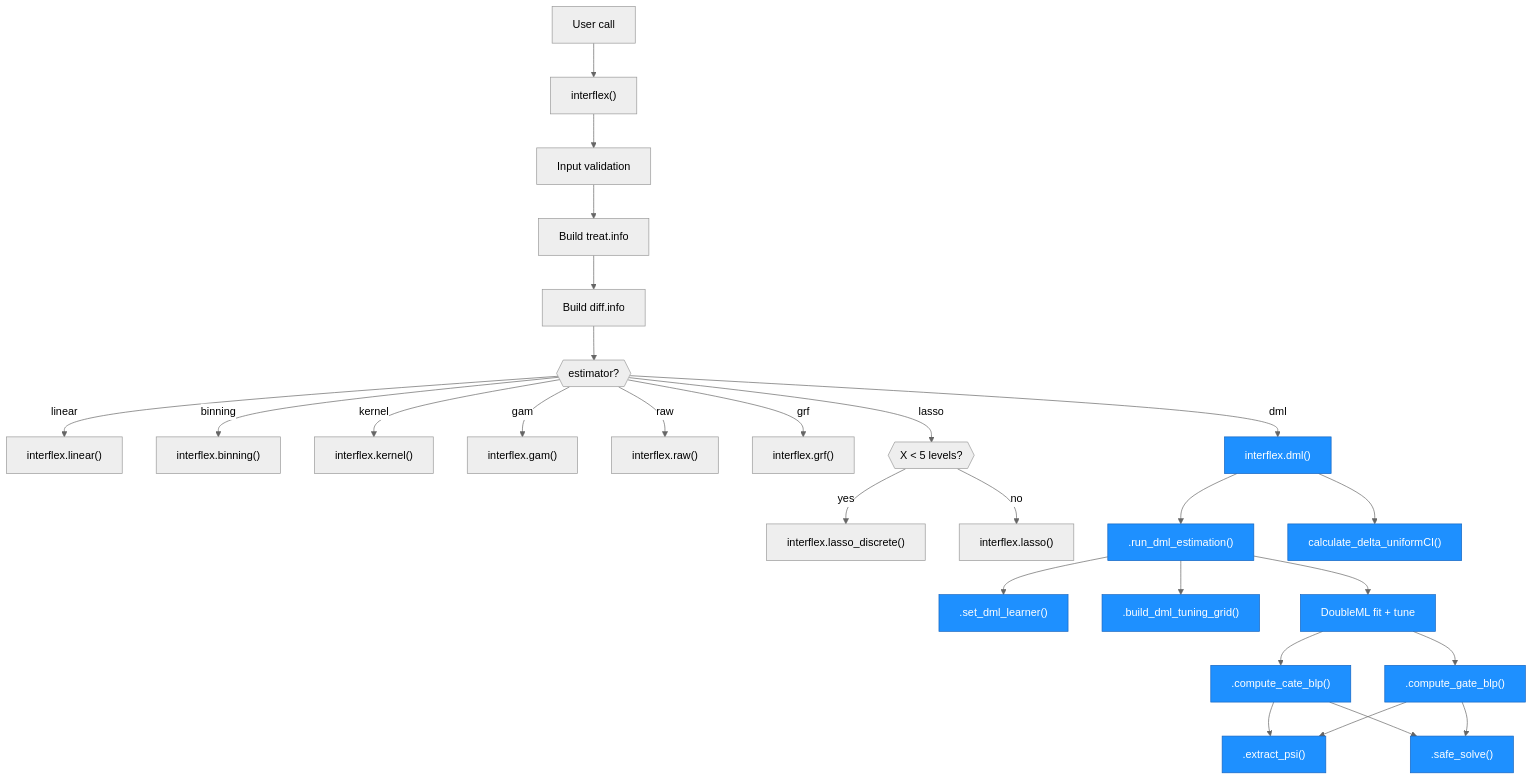
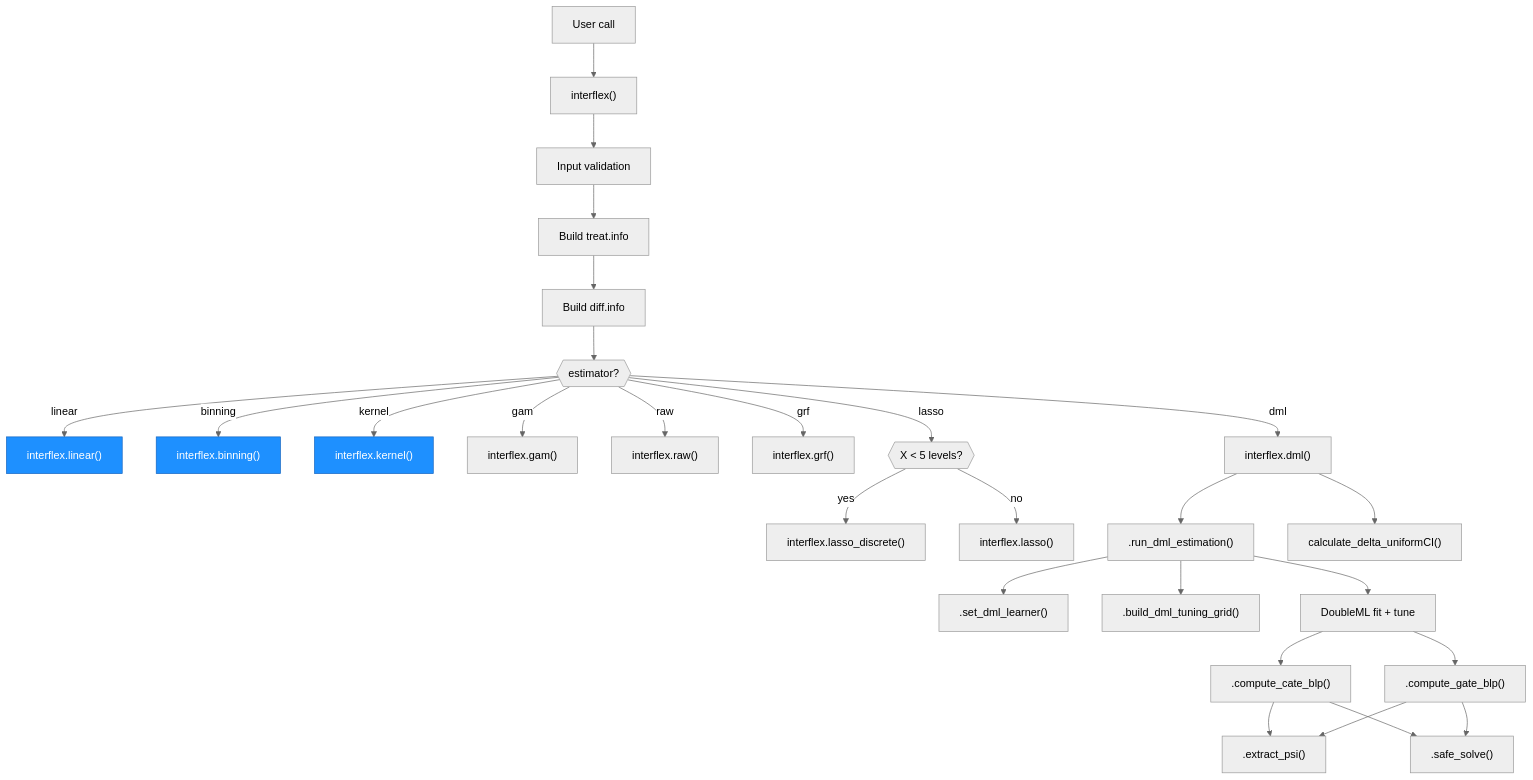
The second of 4 diagrams in architecture.md (xuyiqing/interflex), drawn with Mermaid before and after one commit. The commit also changed other lines of this file and 22 other files, not shown here.

````diff
--- a/architecture.md
+++ b/architecture.md
@@ -160,43 +156,36 @@
 ```mermaid
 %%{init: {'theme': 'neutral'}}%%
 graph TD
     USR["User call"] --> IFX["interflex()"]
     IFX --> VAL["Input validation"]
     VAL --> TI["Build treat.info"]
     TI --> DI["Build diff.info"]
     DI --> ROUTE{{"estimator?"}}
 
     ROUTE -- linear --> LIN["interflex.linear()"]
     ROUTE -- binning --> BIN["interflex.binning()"]
     ROUTE -- kernel --> KER["interflex.kernel()"]
     ROUTE -- gam --> GAM["interflex.gam()"]
     ROUTE -- raw --> RAW["interflex.raw()"]
     ROUTE -- grf --> GRF["interflex.grf()"]
     ROUTE -- dml --> DML["interflex.dml()"]
     ROUTE -- lasso --> LSPLIT{{"X < 5 levels?"}}
     LSPLIT -- yes --> LSD["interflex.lasso_discrete()"]
     LSPLIT -- no --> LAS["interflex.lasso()"]
 
     DML --> RDE[".run_dml_estimation()"]
     RDE --> SDL[".set_dml_learner()"]
     RDE --> BTG[".build_dml_tuning_grid()"]
     RDE --> DMLFIT["DoubleML fit + tune"]
     DMLFIT --> CATE[".compute_cate_blp()"]
     DMLFIT --> GATE[".compute_gate_blp()"]
     CATE --> EPS[".extract_psi()"]
     GATE --> EPS
     CATE --> SSV[".safe_solve()"]
     GATE --> SSV
     DML --> UNI["calculate_delta_uniformCI()"]
 
-    style DML fill:#1e90ff,stroke:#1565c0,color:#fff
-    style RDE fill:#1e90ff,stroke:#1565c0,color:#fff
-    style SDL fill:#1e90ff,stroke:#1565c0,color:#fff
-    style BTG fill:#1e90ff,stroke:#1565c0,color:#fff
-    style DMLFIT fill:#1e90ff,stroke:#1565c0,color:#fff
-    style CATE fill:#1e90ff,stroke:#1565c0,color:#fff
-    style GATE fill:#1e90ff,stroke:#1565c0,color:#fff
-    style EPS fill:#1e90ff,stroke:#1565c0,color:#fff
-    style SSV fill:#1e90ff,stroke:#1565c0,color:#fff
-    style UNI fill:#1e90ff,stroke:#1565c0,color:#fff
+    style LIN fill:#1e90ff,stroke:#1565c0,color:#fff
+    style BIN fill:#1e90ff,stroke:#1565c0,color:#fff
+    style KER fill:#1e90ff,stroke:#1565c0,color:#fff
 ```
````
